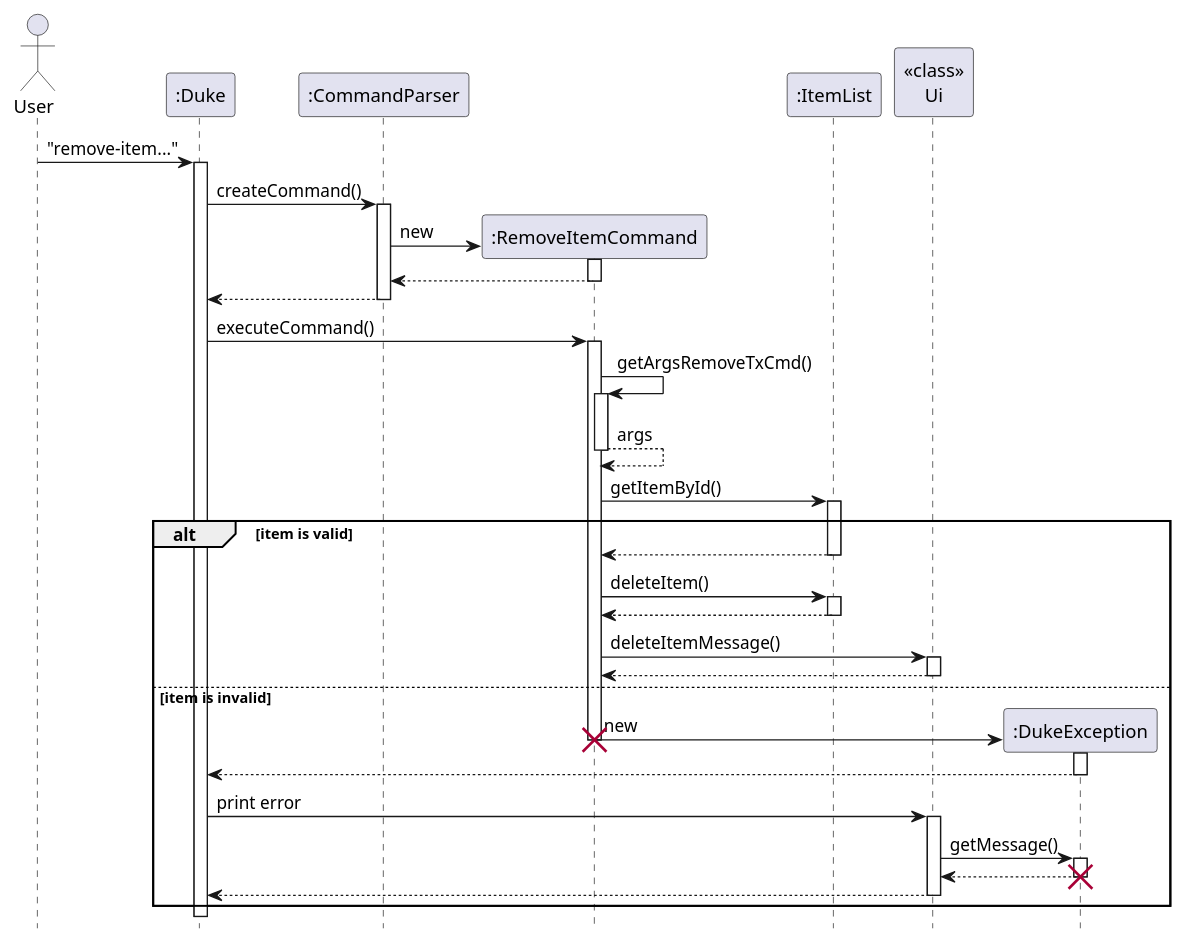
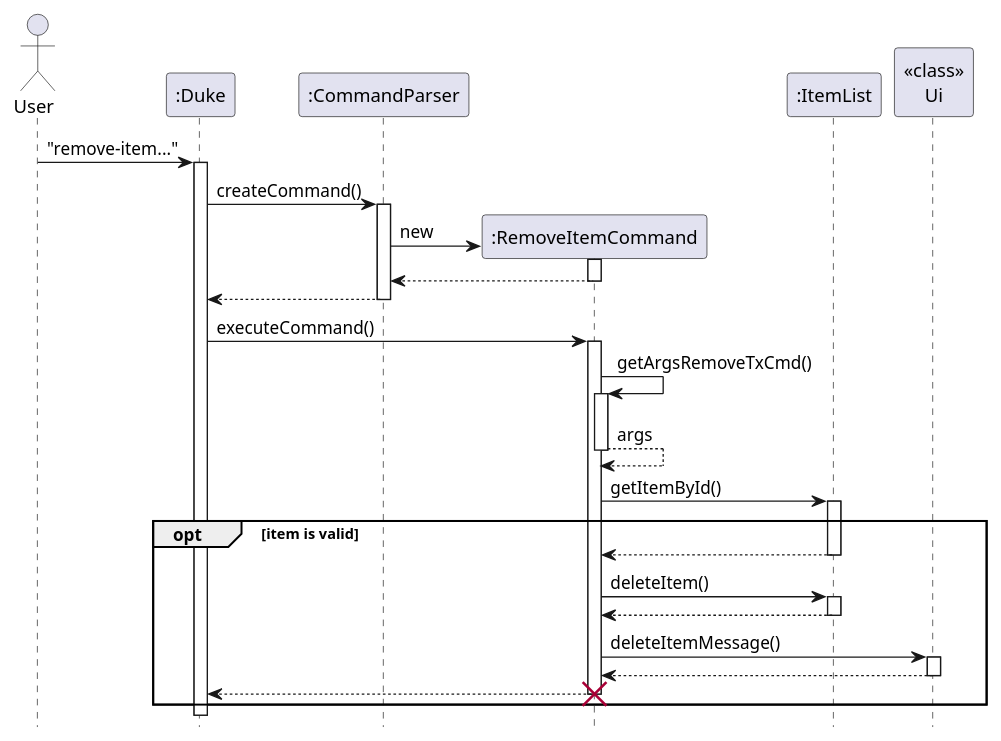
One commit to nus-cs2113-AY2223S1/tp changed the diagram in docs/diagrams/item/RemoveItemSequence.puml. Above: the diagram before and after it, drawn with PlantUML. The commit also changed 16 other files, not shown here.

Commit message:
Simplify Sequence diagram and fix class diagram

```diff
--- a/docs/diagrams/item/RemoveItemSequence.puml
+++ b/docs/diagrams/item/RemoveItemSequence.puml
@@ -1,50 +1,37 @@
 @startuml
 hide footbox
 
 Actor User
 "User" -> ":Duke": "remove-item..."
 activate ":Duke"
 ":Duke" -> ":CommandParser": createCommand()
 activate ":CommandParser"
 ":CommandParser" -> ":RemoveItemCommand"**: new
 activate ":RemoveItemCommand"
 return
 ":CommandParser" --> ":Duke"
 deactivate
 
 ":Duke" -> ":RemoveItemCommand" : executeCommand()
 activate ":RemoveItemCommand"
 ":RemoveItemCommand" -> ":RemoveItemCommand": getArgsRemoveTxCmd()
 activate ":RemoveItemCommand"
 return args
     ":RemoveItemCommand" -> ":ItemList": getItemById()
     activate ":ItemList"
-alt item is valid
+opt item is valid
     ":ItemList" --> ":RemoveItemCommand"
     deactivate ":ItemList"
     ":RemoveItemCommand" -> ":ItemList": deleteItem()
     activate ":ItemList"
     return
     ":RemoveItemCommand" -> "<<class>>\nUi": deleteItemMessage()
     activate "<<class>>\nUi"
     return
     deactivate "<<class>>\nUi"
     deactivate ":ItemList"
-else item is invalid
-    ":RemoveItemCommand" -> ":DukeException"** : new
-    destroy ":RemoveItemCommand"
-    activate ":DukeException"
-    ":DukeException" --> ":Duke"
-    deactivate ":DukeException"
-    ":Duke" -> "<<class>>\nUi" : print error
-    activate "<<class>>\nUi"
-    "<<class>>\nUi" -> ":DukeException": getMessage()
-    activate ":DukeException"
-    return
-    destroy ":DukeException"
-    "<<class>>\nUi" --> ":Duke"
-    deactivate "<<class>>\nUi"
+":RemoveItemCommand" --> ":Duke"
+destroy ":RemoveItemCommand"
 end
-deactivate ":RemoveItemCommand"
 
 @enduml
```
